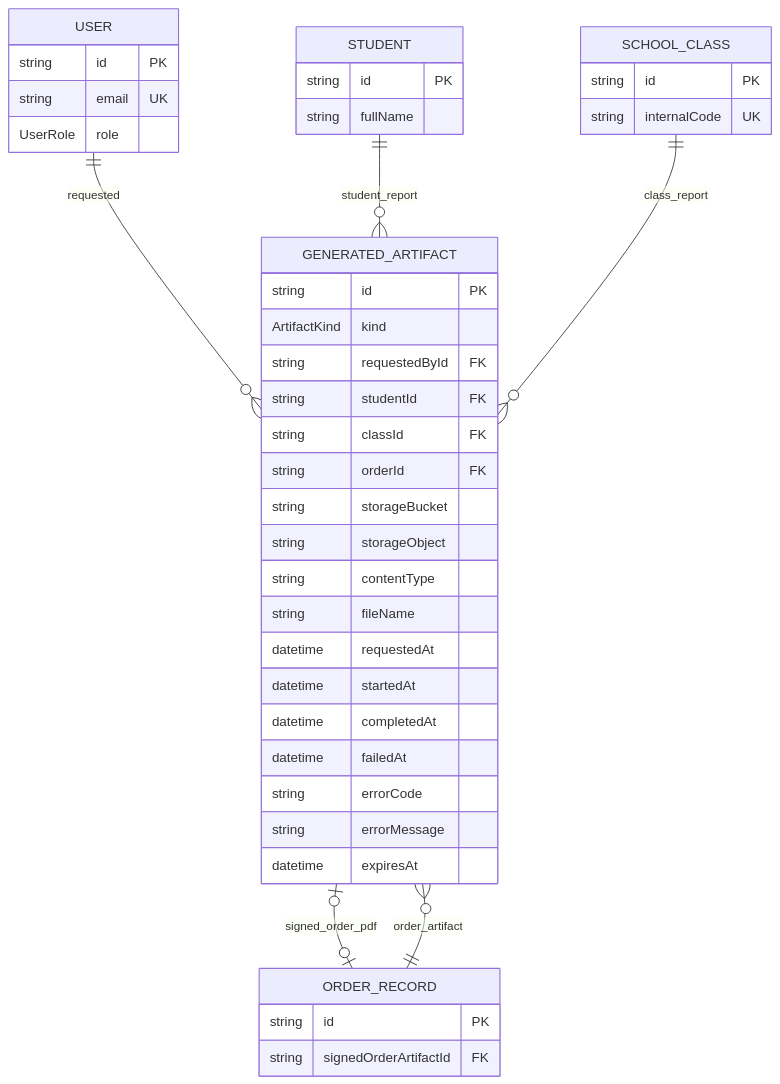
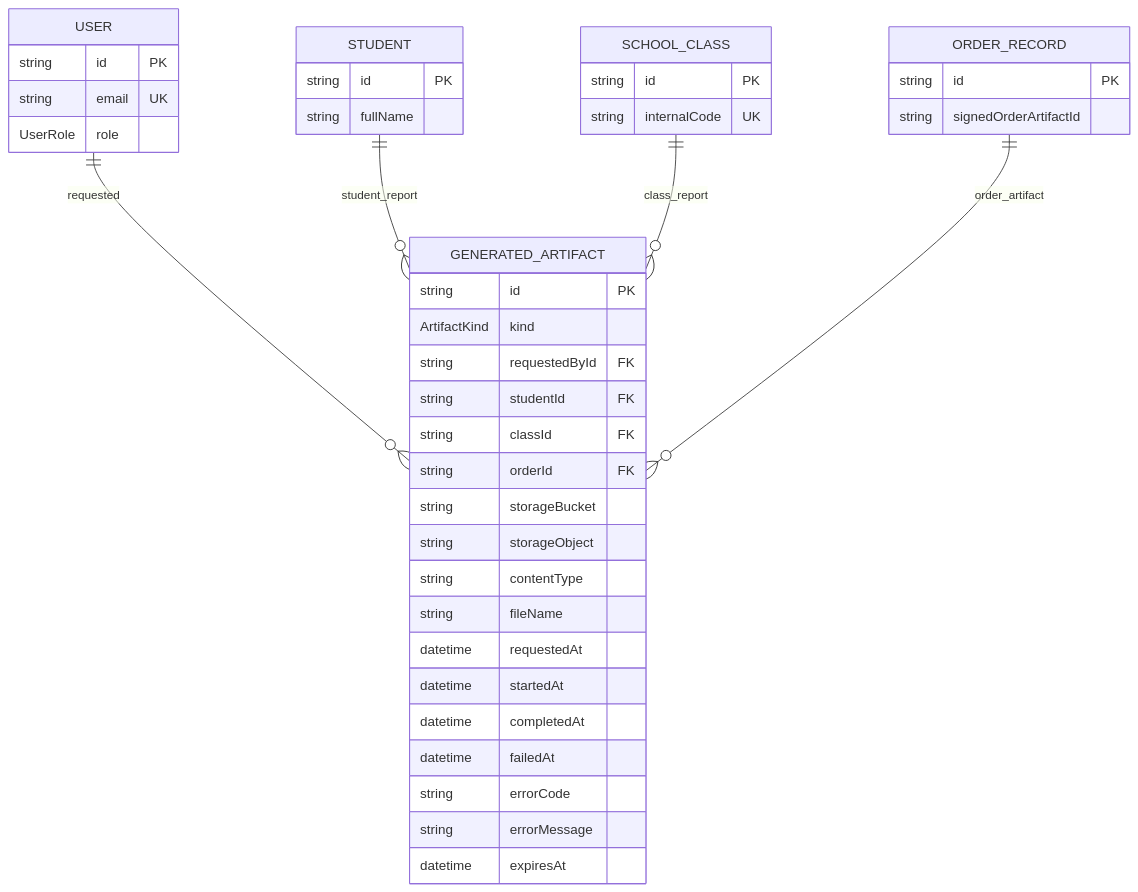
Before and after one commit to josiasrfreitas/lazuli: the fourth of 4 diagrams in docs/MVP/ERD.md, drawn with Mermaid. The commit also changed other lines of this file and 8 other files, not shown here.

Commit message:
GRE-42 add finance receivables schema

````diff
--- a/docs/MVP/ERD.md
+++ b/docs/MVP/ERD.md
@@ -403,49 +405,48 @@
 ```mermaid
 erDiagram
   USER {
     string id PK
     string email UK
     UserRole role
   }
 
   STUDENT {
     string id PK
     string fullName
   }
 
   SCHOOL_CLASS {
     string id PK
     string internalCode UK
   }
 
   ORDER_RECORD {
     string id PK
-    string signedOrderArtifactId FK
+    string signedOrderArtifactId
   }
 
   GENERATED_ARTIFACT {
     string id PK
     ArtifactKind kind
     string requestedById FK
     string studentId FK
     string classId FK
     string orderId FK
     string storageBucket
     string storageObject
     string contentType
     string fileName
     datetime requestedAt
     datetime startedAt
     datetime completedAt
     datetime failedAt
     string errorCode
     string errorMessage
     datetime expiresAt
   }
 
   USER ||--o{ GENERATED_ARTIFACT : requested
   STUDENT ||--o{ GENERATED_ARTIFACT : student_report
   SCHOOL_CLASS ||--o{ GENERATED_ARTIFACT : class_report
   ORDER_RECORD ||--o{ GENERATED_ARTIFACT : order_artifact
-  GENERATED_ARTIFACT |o--o| ORDER_RECORD : signed_order_pdf
 ```
````
